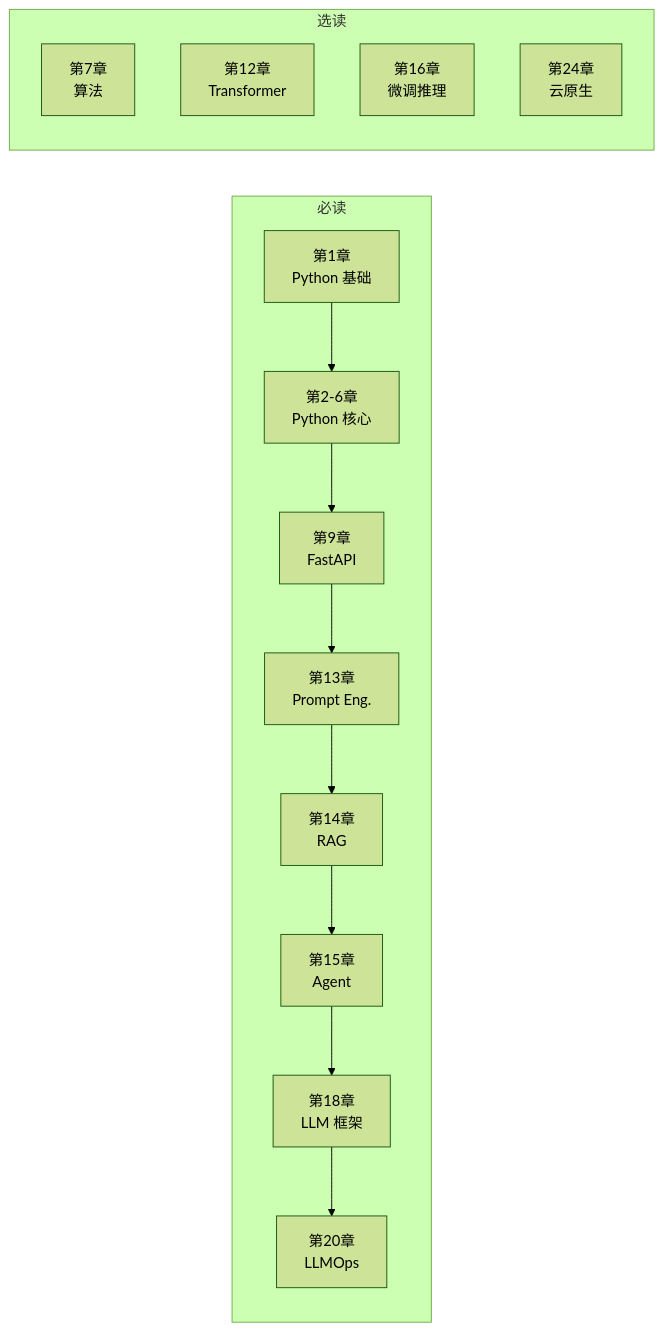
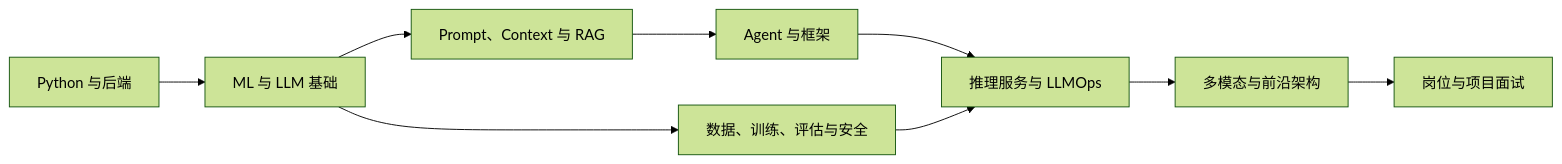
Before and after one commit to BeefWrap4/LLM-Knowledge-Base: the diagram in 00_目录索引.md, drawn with Mermaid (forest theme). The commit also changed other lines of this file and 1067 other files, not shown here.

````diff
--- a/00_目录索引.md
+++ b/00_目录索引.md
@@ -281,18 +14,11 @@
 ```mermaid
 flowchart LR
-    subgraph 必读
-        CH01["第1章<br/>Python 基础"] --> CH02["第2-6章<br/>Python 核心"]
-        CH02 --> CH09["第9章<br/>FastAPI"]
-        CH09 --> CH13["第13章<br/>Prompt Eng."]
-        CH13 --> CH14["第14章<br/>RAG"]
-        CH14 --> CH15["第15章<br/>Agent"]
-        CH15 --> CH18["第18章<br/>LLM 框架"]
-        CH18 --> CH20["第20章<br/>LLMOps"]
-    end
-    subgraph 选读
-        CH07["第7章<br/>算法"]
-        CH12["第12章<br/>Transformer"]
-        CH16["第16章<br/>微调推理"]
-        CH24["第24章<br/>云原生"]
-    end
+    P1["Python 与后端"] --> P2["ML 与 LLM 基础"]
+    P2 --> P3["Prompt、Context 与 RAG"]
+    P3 --> P4["Agent 与框架"]
+    P2 --> P5["数据、训练、评估与安全"]
+    P4 --> P6["推理服务与 LLMOps"]
+    P5 --> P6
+    P6 --> P7["多模态与前沿架构"]
+    P7 --> P8["岗位与项目面试"]
 ```
````
